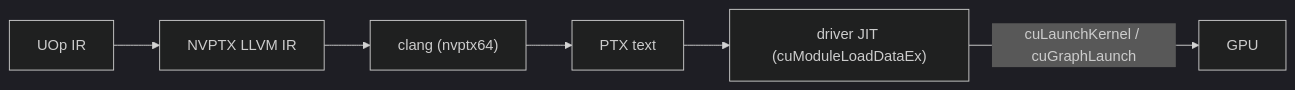
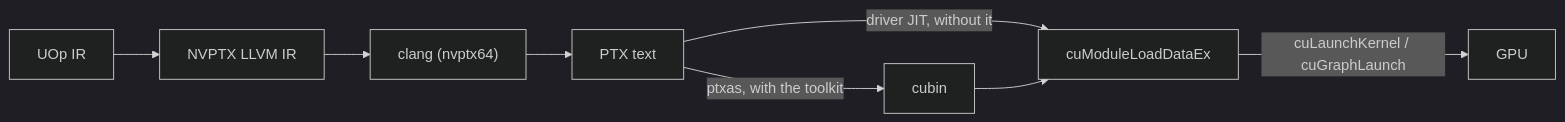
One commit to npatsakula/morok changed the diagram in website/docs/backends/cuda/overview.md. Above: the diagram before and after it, drawn with Mermaid (dark theme). The commit also changed other lines of this file and 51 other files, not shown here.

````diff
--- a/website/docs/backends/cuda/overview.md
+++ b/website/docs/backends/cuda/overview.md
@@ -85,8 +89,10 @@
 ```mermaid
 flowchart LR
   A["UOp IR"] --> B["NVPTX LLVM IR"]
   B --> C["clang (nvptx64)"]
   C --> D["PTX text"]
-  D --> E["driver JIT (cuModuleLoadDataEx)"]
-  E -->|"cuLaunchKernel / cuGraphLaunch"| F["GPU"]
+  D -->|"ptxas, with the toolkit"| E["cubin"]
+  D -->|"driver JIT, without it"| F["cuModuleLoadDataEx"]
+  E --> F
+  F -->|"cuLaunchKernel / cuGraphLaunch"| G["GPU"]
 ```
````
